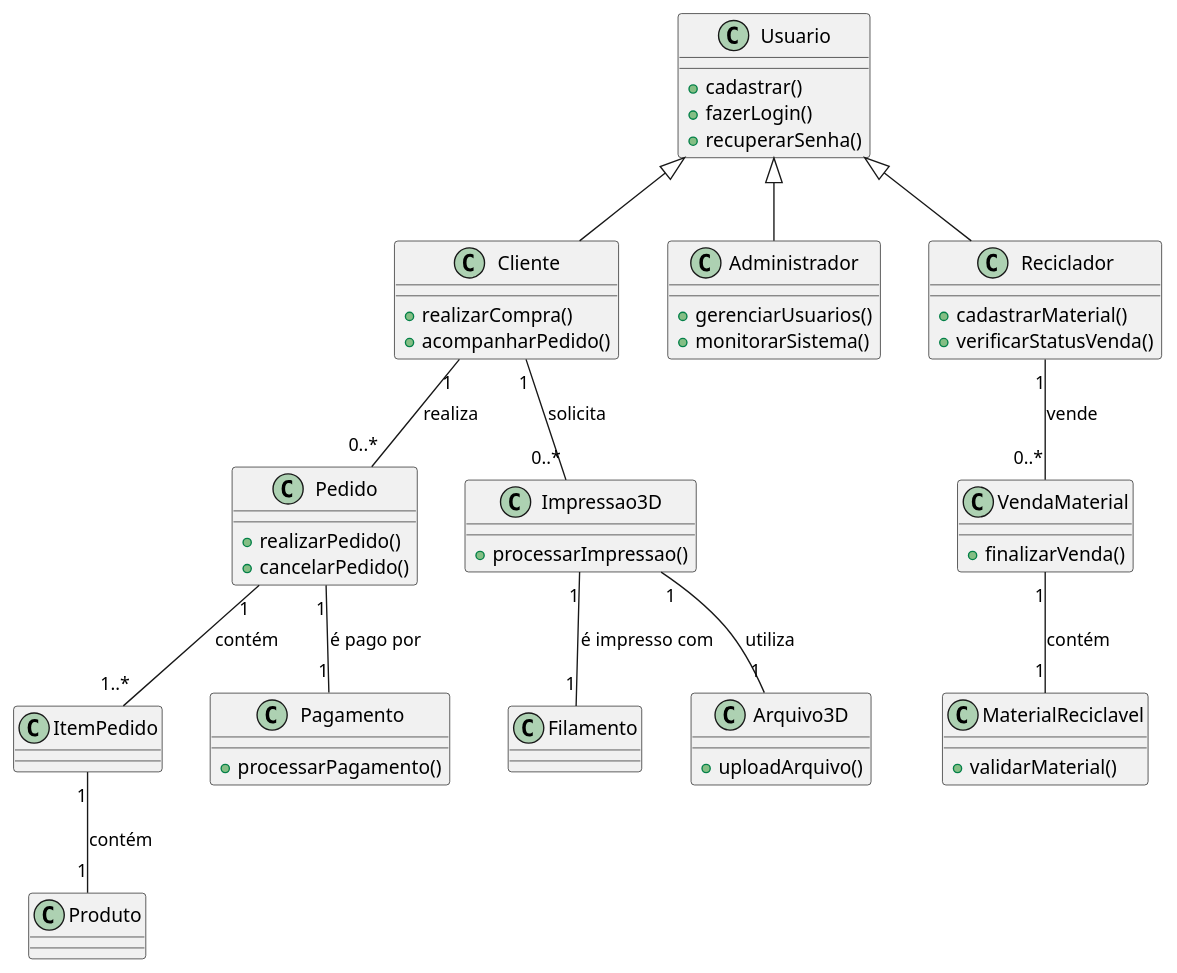
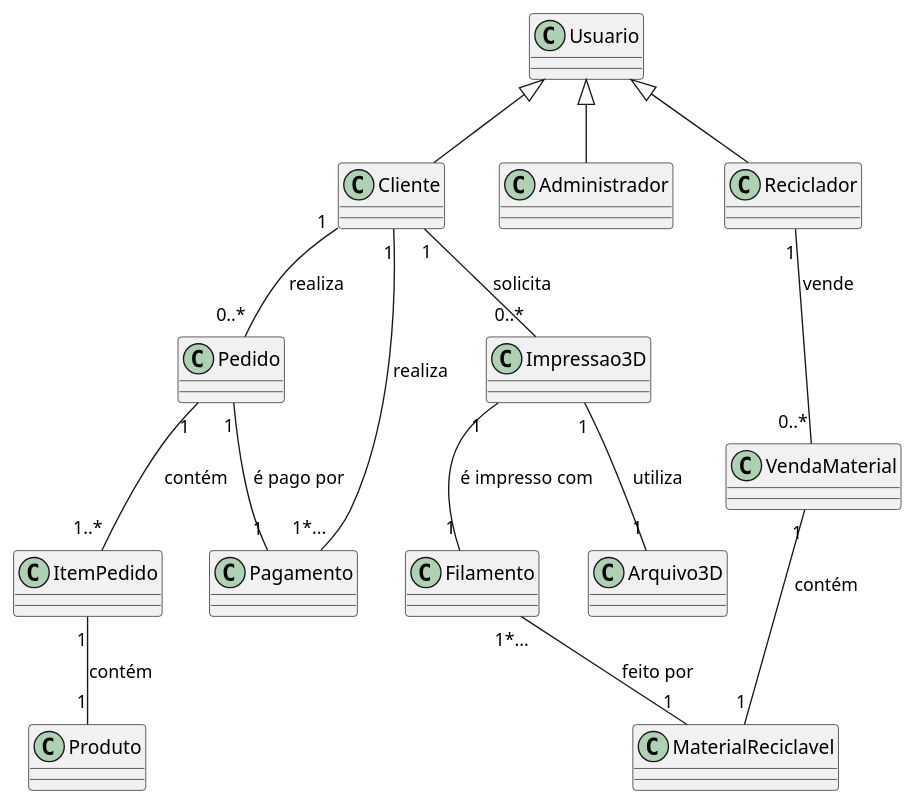
Before and after one commit to zjpza/Ecopla: the diagram in Trabalho/Diagrama de classe/TODOS.md, drawn with PlantUML.

```diff
--- a/Trabalho/Diagrama de classe/TODOS.md
+++ b/Trabalho/Diagrama de classe/TODOS.md
@@ -4,72 +4,59 @@
-@startuml
-class Usuario {
-    +cadastrar()
-    +fazerLogin()
-    +recuperarSenha()
-}
-
-class Cliente {
-    +realizarCompra()
-    +acompanharPedido()
-}
-
-class Administrador {
-    +gerenciarUsuarios()
-    +monitorarSistema()
-}
-
-class Reciclador {
-    +cadastrarMaterial()
-    +verificarStatusVenda()
-}
-
-class Pedido {
-    +realizarPedido()
-    +cancelarPedido()
-}
-
-class ItemPedido {
-}
-
-class Produto {
-}
-
-class Filamento {
-}
-
-class Pagamento {
-    +processarPagamento()
-}
-
-class Impressao3D {
-    +processarImpressao()
-}
-
-class Arquivo3D {
-    +uploadArquivo()
-}
-
-class MaterialReciclavel {
-    +validarMaterial()
-}
-
-class VendaMaterial {
-    +finalizarVenda()
-}
-
-Usuario <|-- Cliente
-Usuario <|-- Administrador
-Usuario <|-- Reciclador
-
-Cliente "1" -- "0..*" Pedido : realiza
-Pedido "1" -- "1..*" ItemPedido : contém
-Pedido "1" -- "1" Pagamento : é pago por
-ItemPedido "1" -- "1" Produto : contém
-
-Cliente "1" -- "0..*" Impressao3D : solicita
-Impressao3D "1" -- "1" Arquivo3D : utiliza
-Impressao3D "1" -- "1" Filamento : é impresso com
-
-Reciclador "1" -- "0..*" VendaMaterial : vende
-VendaMaterial "1" -- "1" MaterialReciclavel : contém
-@enduml
+    @startuml
+    class Usuario {
+    }
+    
+    class Cliente {
+    }
+    
+    class Administrador {
+    }
+    
+    class Reciclador {
+    }
+    
+    class Pedido {
+    }
+    
+    class ItemPedido {
+    }
+    
+    class Produto {
+    }
+    
+    class Filamento {
+    }
+    
+    class Pagamento {
+    }
+    
+    class Impressao3D {
+    }
+    
+    class Arquivo3D {
+    }
+    
+    class MaterialReciclavel {
+    }
+    
+    class VendaMaterial {
+    }
+    
+    Usuario <|-- Cliente
+    Usuario <|-- Administrador
+    Usuario <|-- Reciclador
+    
+    
+    Cliente "1" -- "1*..." Pagamento : realiza
+    Cliente "1" -- "0..*" Pedido : realiza
+    Pedido "1" -- "1..*" ItemPedido : contém
+    Pedido "1" -- "1" Pagamento : é pago por
+    ItemPedido "1" -- "1" Produto : contém
+    
+    Cliente "1" -- "0..*" Impressao3D : solicita
+    Impressao3D "1" -- "1" Arquivo3D : utiliza
+    Impressao3D "1" -- "1" Filamento : é impresso com
+    
+    Reciclador "1" -- "0..*" VendaMaterial : vende
+    VendaMaterial "1" -- "1" MaterialReciclavel : contém
+    Filamento "1*..." -- "1" MaterialReciclavel : feito por
+    @enduml
```
